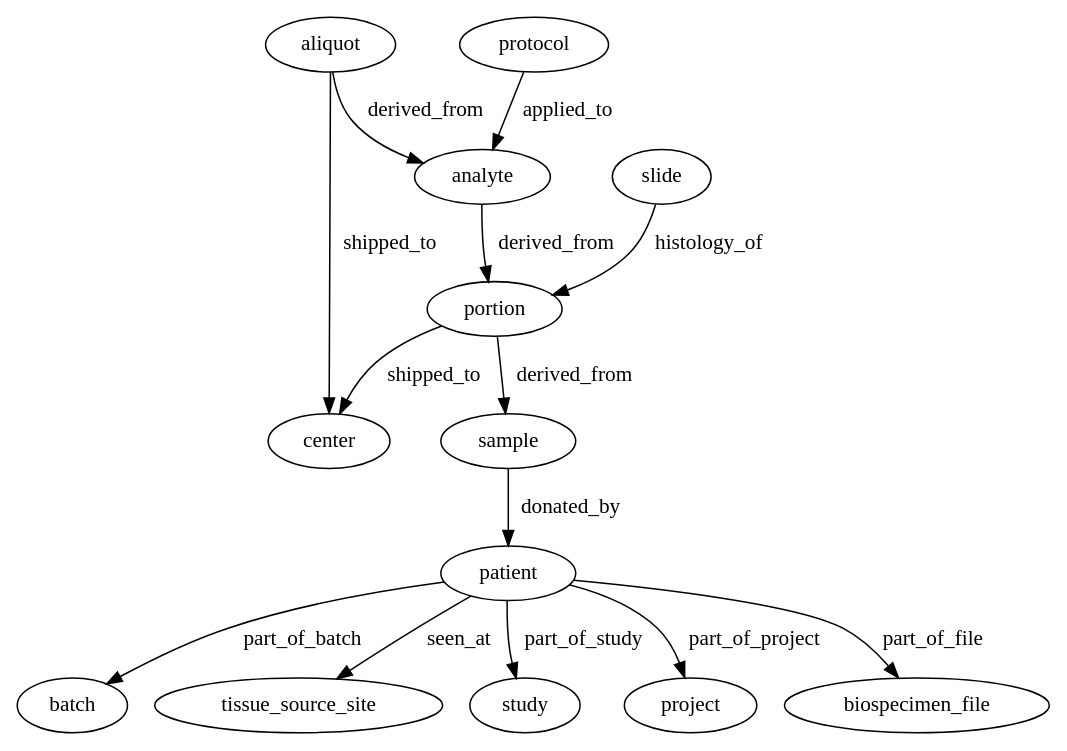
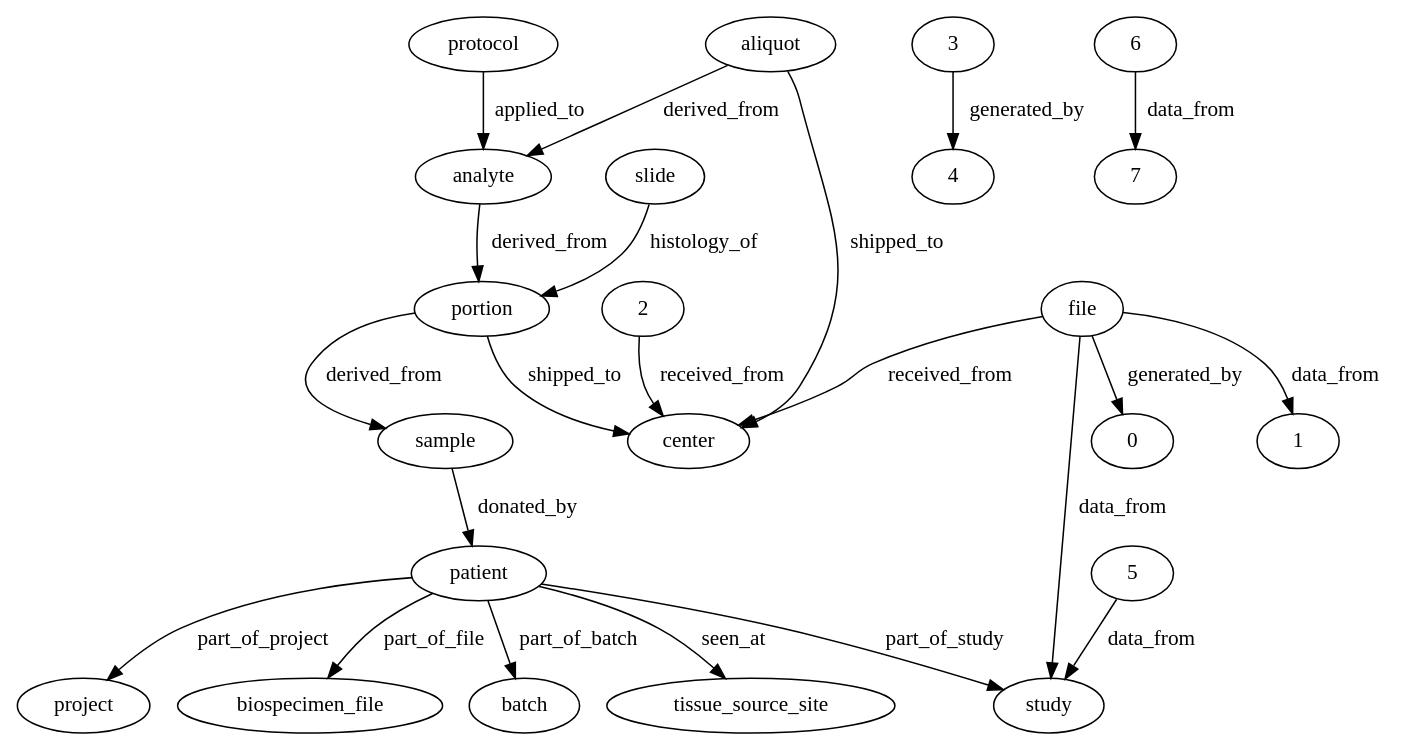
Before and after one commit to NCI-GDC/gdcdatamodel: the diagram in data_model/visualization/generated.gv, drawn with Graphviz. The commit also changed 4 other files, not shown here.

Commit message:
updated graph2neo to handle on_create and on_match value setting.  Added on_create uuid creation to acrhive2graph module

```diff
--- a/data_model/visualization/generated.gv
+++ b/data_model/visualization/generated.gv
@@ -1,42 +1,66 @@
 // XML Generate Datamodel
 digraph {
 	aliquot
 	analyte
 		aliquot -> analyte [label=derived_from]
 	aliquot
 	center
 		aliquot -> center [label=shipped_to]
 	analyte
 	portion
 		analyte -> portion [label=derived_from]
 	sample
 	patient
 		sample -> patient [label=donated_by]
 	patient
 	batch
 		patient -> batch [label=part_of_batch]
 	patient
 	tissue_source_site
 		patient -> tissue_source_site [label=seen_at]
 	patient
 	study
 		patient -> study [label=part_of_study]
 	portion
 	sample
 		portion -> sample [label=derived_from]
 	protocol
 	analyte
 		protocol -> analyte [label=applied_to]
 	patient
 	project
 		patient -> project [label=part_of_project]
 	patient
 	biospecimen_file
 		patient -> biospecimen_file [label=part_of_file]
 	slide
 	portion
 		slide -> portion [label=histology_of]
 	portion
 	center
 		portion -> center [label=shipped_to]
+	file
+	center
+		file -> center [label=received_from]
+	file
+	0
+		file -> 0 [label=generated_by]
+	file
+	study
+		file -> study [label=data_from]
+	file
+	1
+		file -> 1 [label=data_from]
+	2
+	center
+		2 -> center [label=received_from]
+	3
+	4
+		3 -> 4 [label=generated_by]
+	5
+	study
+		5 -> study [label=data_from]
+	6
+	7
+		6 -> 7 [label=data_from]
 }
```
